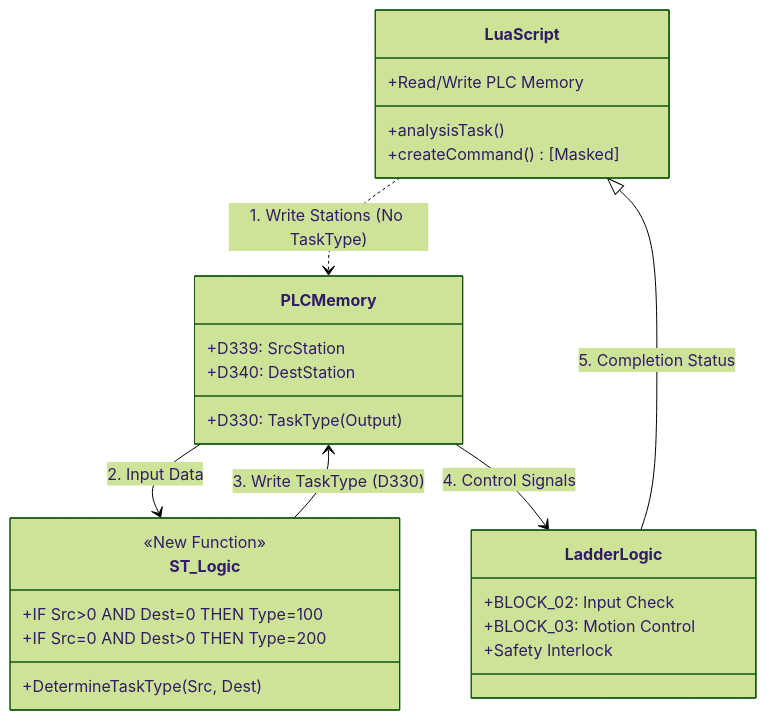
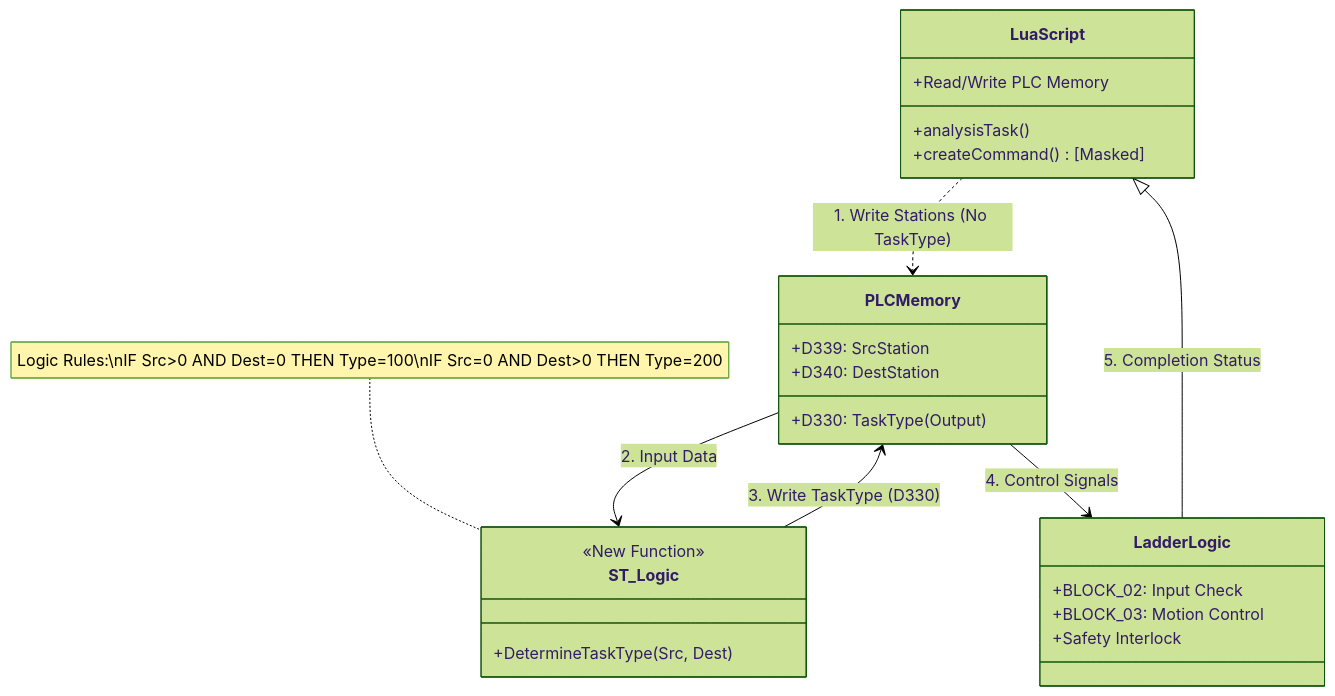
The second of 3 diagrams in doc/system_architecture.md (iceplantengineering/YTEC), drawn with Mermaid (forest theme) before and after one commit. The commit also changed 1 other file, not shown here.

Commit message:
Fix incomplete Mermaid diagrams in documentation

````diff
--- a/doc/system_architecture.md
+++ b/doc/system_architecture.md
@@ -57,35 +57,34 @@
 ```mermaid
 classDiagram
     direction TB
     
     class LuaScript {
         +analysisTask()
         +createCommand() [Masked]
         +Read/Write PLC Memory
     }
     
     class PLCMemory {
         +D339: SrcStation
         +D340: DestStation
         +D330: TaskType (Output)
     }
 
     class ST_Logic {
         <<New Function>>
         +DetermineTaskType(Src, Dest)
-        +IF Src>0 AND Dest=0 THEN Type=100
-        +IF Src=0 AND Dest>0 THEN Type=200
     }
+    note for ST_Logic "Logic Rules:\nIF Src>0 AND Dest=0 THEN Type=100\nIF Src=0 AND Dest>0 THEN Type=200"
 
     class LadderLogic {
         +BLOCK_02: Input Check
         +BLOCK_03: Motion Control
         +Safety Interlock
     }
 
     LuaScript ..> PLCMemory : 1. Write Stations (No TaskType)
     PLCMemory --> ST_Logic : 2. Input Data
     ST_Logic --> PLCMemory : 3. Write TaskType (D330)
     PLCMemory --> LadderLogic : 4. Control Signals
     LadderLogic --|> LuaScript : 5. Completion Status
 ```
````
